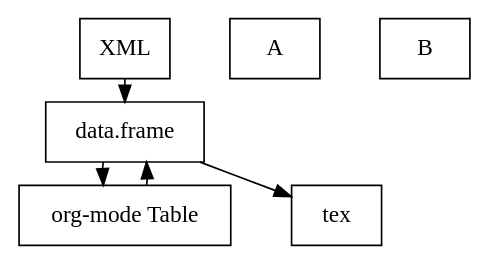
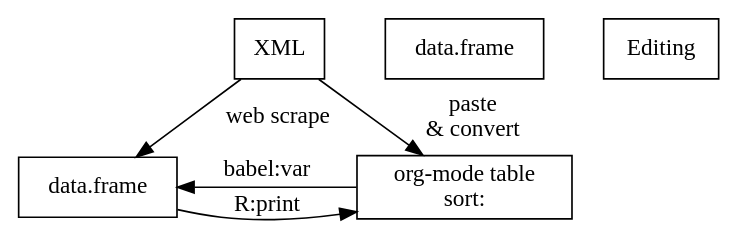
Before and after one commit to bwtian/glossaR: the second of 2 diagrams in note/glossaR.org, drawn with Graphviz. The commit also changed other lines of this file and 1 other file, not shown here.

Commit message:
- ‘note/.#glossaR.org’ / ‘note/glossaR.org’

```diff
--- a/note/glossaR.org
+++ b/note/glossaR.org
@@ -42,18 +42,22 @@
 #+BEGIN_SRC dot :file orgAndR.svg 
   digraph { 
   fontname="Times"; 
   fontsize = 12; 
   splines = false; 
   ranksep = 0.2; 
   nodesep = 0.5; 
   node [shape = box] 
   //1. set node 
   xml [label = "XML"]
-  df [label = "data.frame"]
-  orgTable[label = "org-mode Table"]
+  df0, df1 [label = "data.frame"]
+  orgTable[label = "org-mode table \n sort: "]
+  edit[label = "Editing"]
   //2. set path 
-  xml -> df -> orgTable -> df -> tex
+  xml -> df0 [label = " web scrape"]
+  xml -> orgTable [label = " paste \n& convert"]
+  df0 -> orgTable [label = " R:print"]
+  orgTable -> df0 [label = " babel:var"]
   //3. set rank 
-  {rank = same; A, B} 
+  {rank = same; df0, orgTable} 
   }
 #+END_SRC
```
